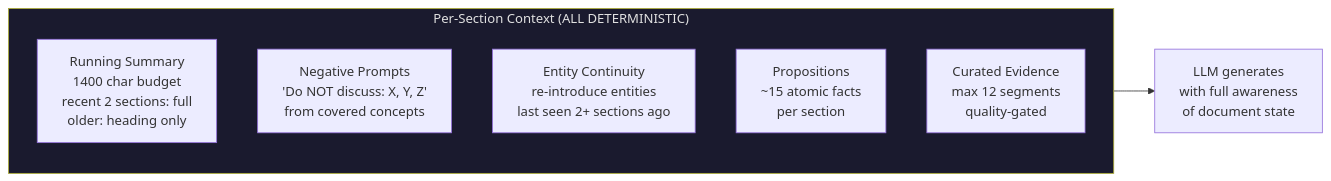
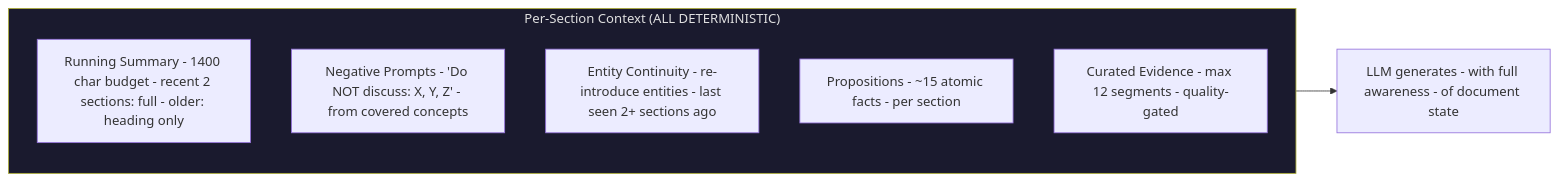
Before and after one commit to Shaddix/mostlylucidweb: the ninth of 10 diagrams in Mostlylucid/Markdown/doomsummarizer-deep-research.md, drawn with Mermaid. The commit also changed other lines of this file and 25 other files, not shown here.

````diff
--- a/Mostlylucid/Markdown/doomsummarizer-deep-research.md
+++ b/Mostlylucid/Markdown/doomsummarizer-deep-research.md
@@ -404,14 +404,14 @@
 ```mermaid
 flowchart LR
     subgraph Context["Per-Section Context (ALL DETERMINISTIC)"]
-        RS["Running Summary\n1400 char budget\nrecent 2 sections: full\nolder: heading only"]
-        NP["Negative Prompts\n'Do NOT discuss: X, Y, Z'\nfrom covered concepts"]
-        EC["Entity Continuity\nre-introduce entities\nlast seen 2+ sections ago"]
-        Props["Propositions\n~15 atomic facts\nper section"]
-        Evidence["Curated Evidence\nmax 12 segments\nquality-gated"]
+        RS["Running Summary - 1400 char budget - recent 2 sections: full - older: heading only"]
+        NP["Negative Prompts - 'Do NOT discuss: X, Y, Z' - from covered concepts"]
+        EC["Entity Continuity - re-introduce entities - last seen 2+ sections ago"]
+        Props["Propositions - ~15 atomic facts - per section"]
+        Evidence["Curated Evidence - max 12 segments - quality-gated"]
     end
 
-    Context --> LLM["LLM generates\nwith full awareness\nof document state"]
+    Context --> LLM["LLM generates - with full awareness - of document state"]
 
     style Context fill:#1a1a2e,color:#e0e0e0
 ```
````
